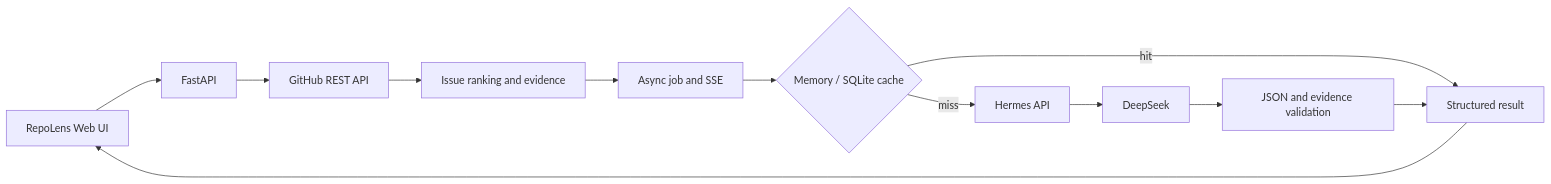
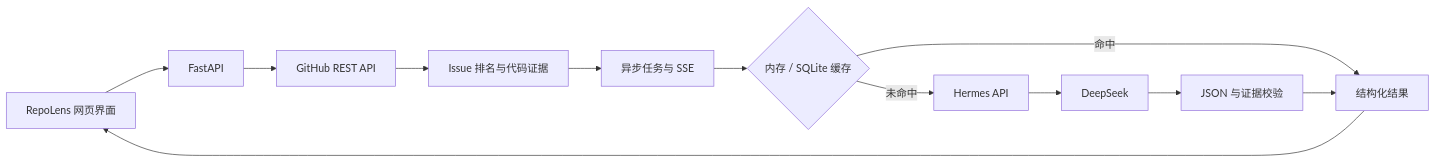
The diagram in README.md (yeyushengfan-chengzhi/RepoLens), drawn with Mermaid before and after one commit. The commit also changed other lines of this file, not shown here.

````diff
--- a/README.md
+++ b/README.md
@@ -94,14 +95,14 @@
 ```mermaid
 flowchart LR
-    UI["RepoLens Web UI"] --> API["FastAPI"]
+    UI["RepoLens 网页界面"] --> API["FastAPI"]
     API --> GH["GitHub REST API"]
-    GH --> RANK["Issue ranking and evidence"]
-    RANK --> JOB["Async job and SSE"]
-    JOB --> CACHE{"Memory / SQLite cache"}
-    CACHE -- "miss" --> HERMES["Hermes API"]
+    GH --> RANK["Issue 排名与代码证据"]
+    RANK --> JOB["异步任务与 SSE"]
+    JOB --> CACHE{"内存 / SQLite 缓存"}
+    CACHE -- "未命中" --> HERMES["Hermes API"]
     HERMES --> DS["DeepSeek"]
-    DS --> VALIDATE["JSON and evidence validation"]
-    CACHE -- "hit" --> RESULT["Structured result"]
+    DS --> VALIDATE["JSON 与证据校验"]
+    CACHE -- "命中" --> RESULT["结构化结果"]
     VALIDATE --> RESULT
     RESULT --> UI
 ```
````
